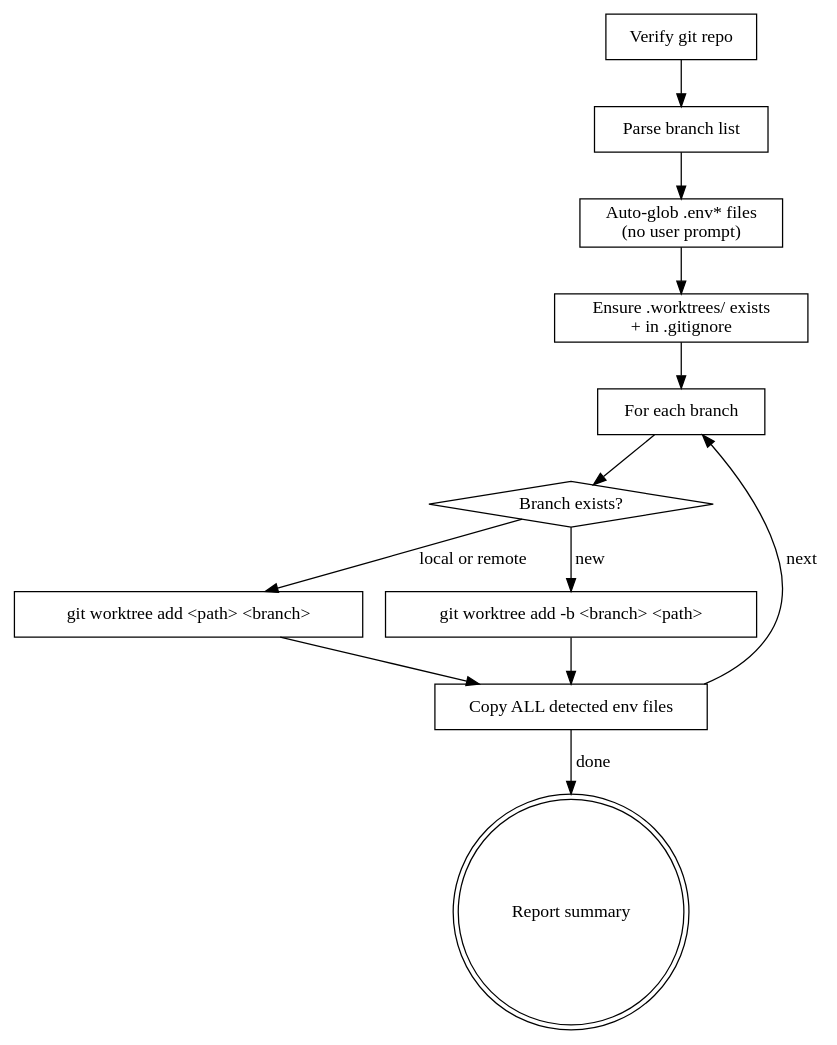
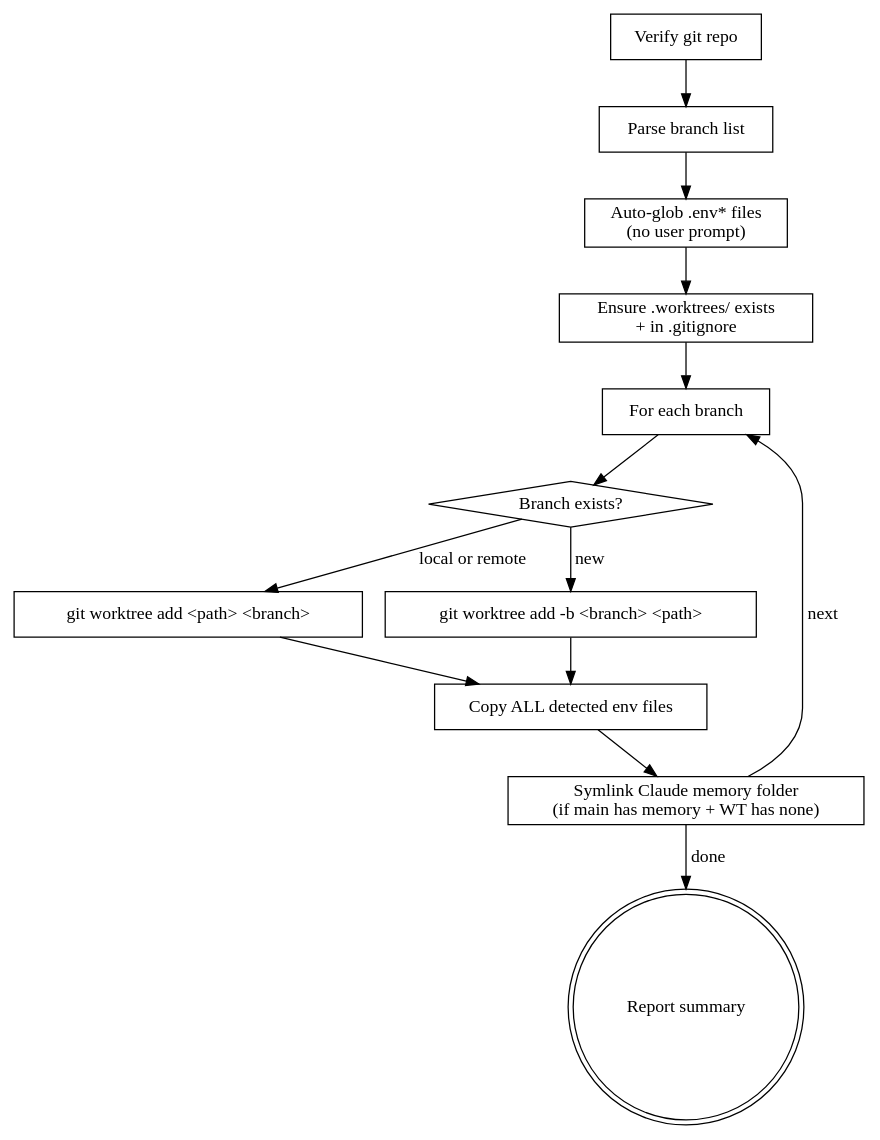
The diagram in skills/setting-up-worktrees/SKILL.md (deokjinlog/intent-locked-workflow), drawn with Graphviz before and after one commit. The commit also changed other lines of this file and 6 other files, not shown here.

````diff
--- a/skills/setting-up-worktrees/SKILL.md
+++ b/skills/setting-up-worktrees/SKILL.md
@@ -37,26 +38,28 @@
 ```dot
 digraph wt_flow {
     "Verify git repo" [shape=box];
     "Parse branch list" [shape=box];
     "Auto-glob .env* files\n(no user prompt)" [shape=box];
     "Ensure .worktrees/ exists\n+ in .gitignore" [shape=box];
     "For each branch" [shape=box];
     "Branch exists?" [shape=diamond];
     "git worktree add <path> <branch>" [shape=box];
     "git worktree add -b <branch> <path>" [shape=box];
     "Copy ALL detected env files" [shape=box];
+    "Symlink Claude memory folder\n(if main has memory + WT has none)" [shape=box];
     "Report summary" [shape=doublecircle];
 
     "Verify git repo" -> "Parse branch list";
     "Parse branch list" -> "Auto-glob .env* files\n(no user prompt)";
     "Auto-glob .env* files\n(no user prompt)" -> "Ensure .worktrees/ exists\n+ in .gitignore";
     "Ensure .worktrees/ exists\n+ in .gitignore" -> "For each branch";
     "For each branch" -> "Branch exists?";
     "Branch exists?" -> "git worktree add <path> <branch>" [label="local or remote"];
     "Branch exists?" -> "git worktree add -b <branch> <path>" [label="new"];
     "git worktree add <path> <branch>" -> "Copy ALL detected env files";
     "git worktree add -b <branch> <path>" -> "Copy ALL detected env files";
-    "Copy ALL detected env files" -> "For each branch" [label="next"];
-    "Copy ALL detected env files" -> "Report summary" [label="done"];
+    "Copy ALL detected env files" -> "Symlink Claude memory folder\n(if main has memory + WT has none)";
+    "Symlink Claude memory folder\n(if main has memory + WT has none)" -> "For each branch" [label="next"];
+    "Symlink Claude memory folder\n(if main has memory + WT has none)" -> "Report summary" [label="done"];
 }
 ```
````
